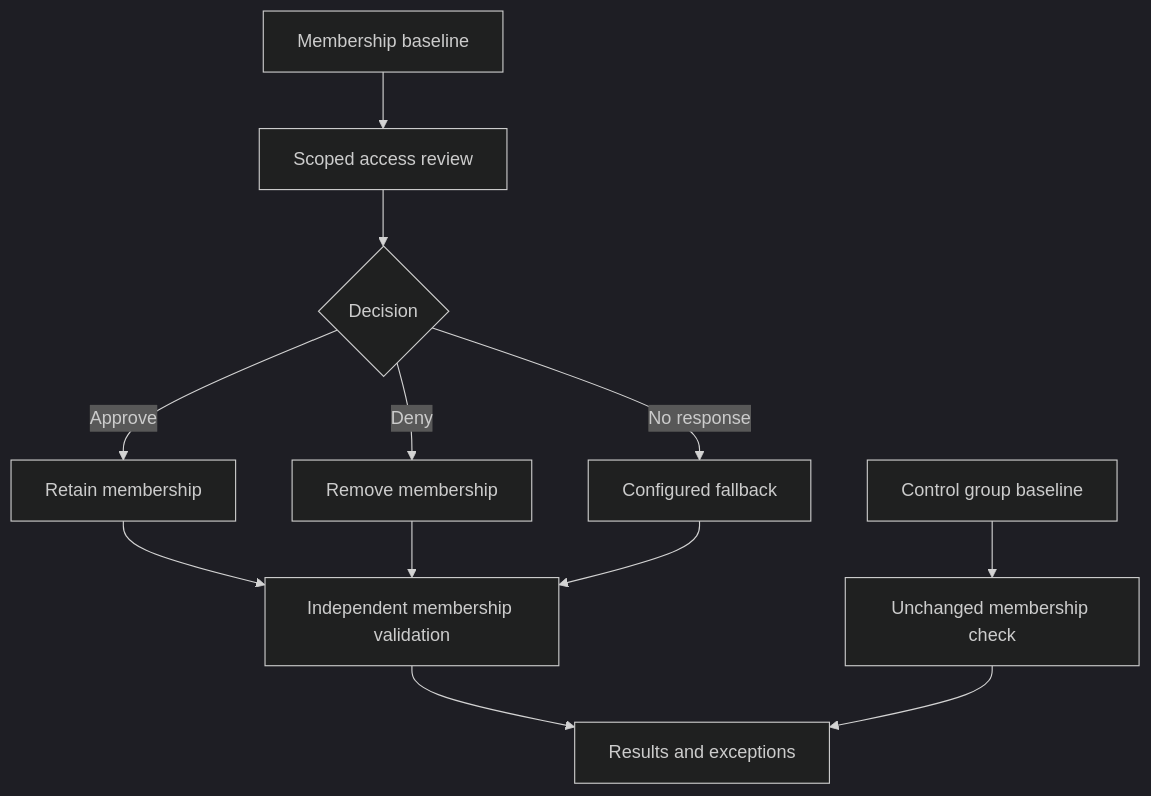
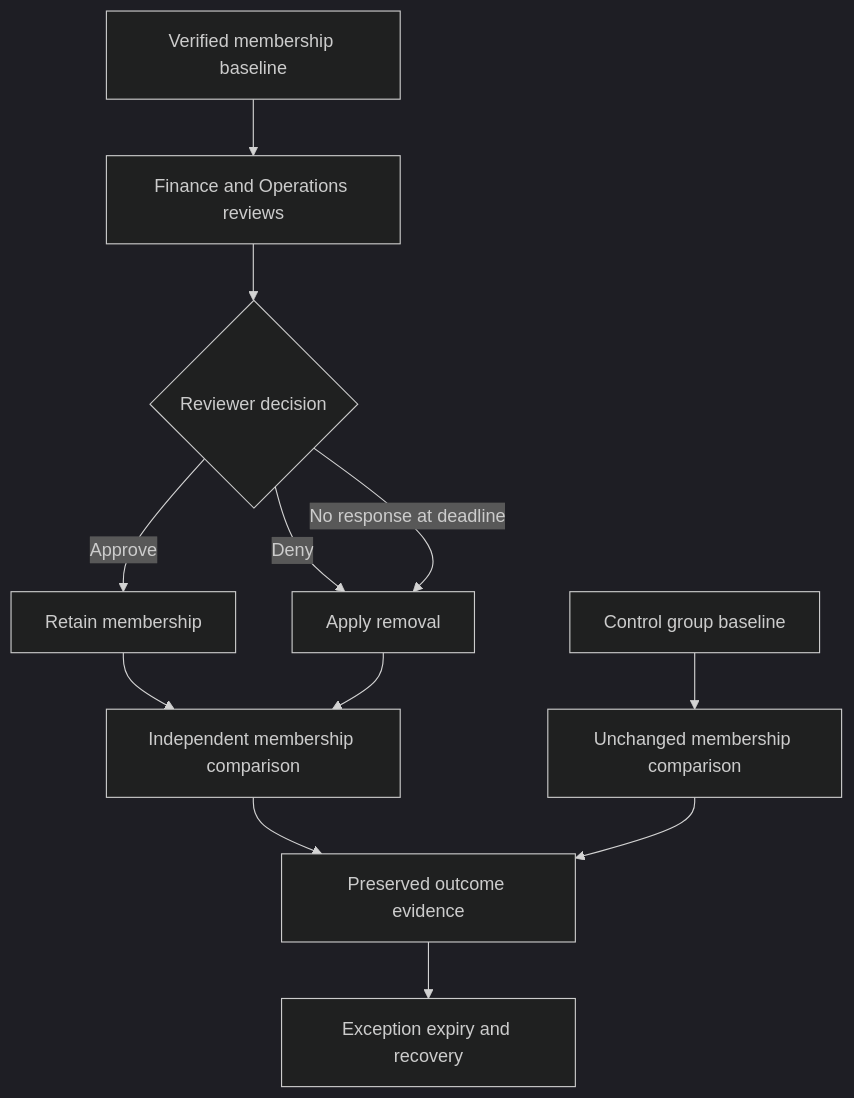
The diagram in architecture/access-review-lifecycle.md (danielbeltran26/microsoft-entra-identity-governance-access-reviews), drawn with Mermaid (dark theme) before and after one commit. The commit also changed other lines of this file and 13 other files, not shown here.

Commit message:
Document M02 membership baseline and access review design

````diff
--- a/architecture/access-review-lifecycle.md
+++ b/architecture/access-review-lifecycle.md
@@ -3,14 +14,14 @@
 ```mermaid
 flowchart TD
-    A[Membership baseline] --> B[Scoped access review]
-    B --> C{Decision}
+    A[Verified membership baseline] --> B[Finance and Operations reviews]
+    B --> C{Reviewer decision}
     C -->|Approve| D[Retain membership]
-    C -->|Deny| E[Remove membership]
-    C -->|No response| F[Configured fallback]
-    D --> G[Independent membership validation]
-    E --> G
-    F --> G
-    H[Control group baseline] --> I[Unchanged membership check]
-    G --> J[Results and exceptions]
-    I --> J
+    C -->|Deny| E[Apply removal]
+    C -->|No response at deadline| E
+    D --> F[Independent membership comparison]
+    E --> F
+    G[Control group baseline] --> H[Unchanged membership comparison]
+    F --> I[Preserved outcome evidence]
+    H --> I
+    I --> J[Exception expiry and recovery]
 ```
````
